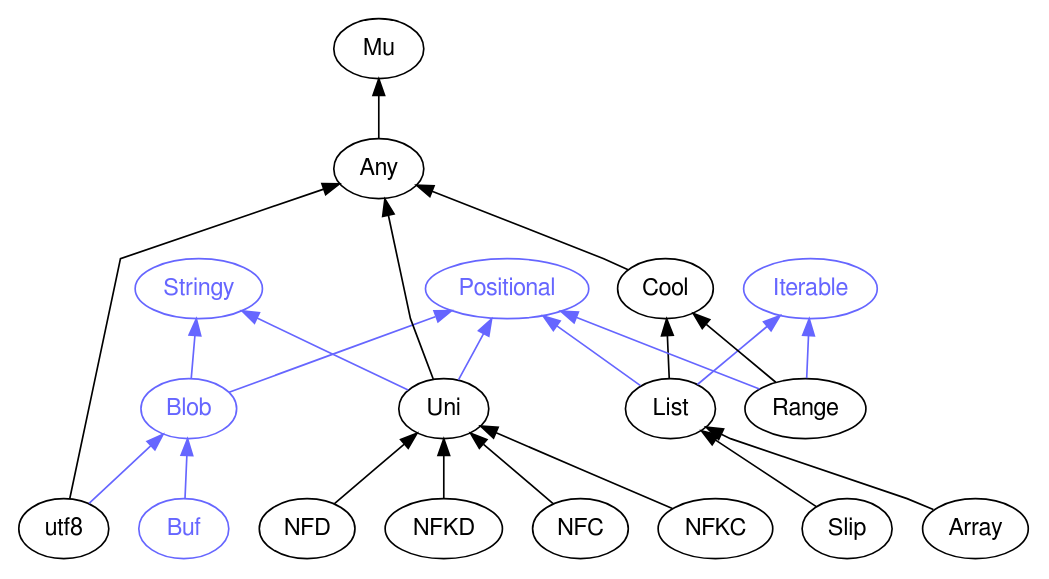
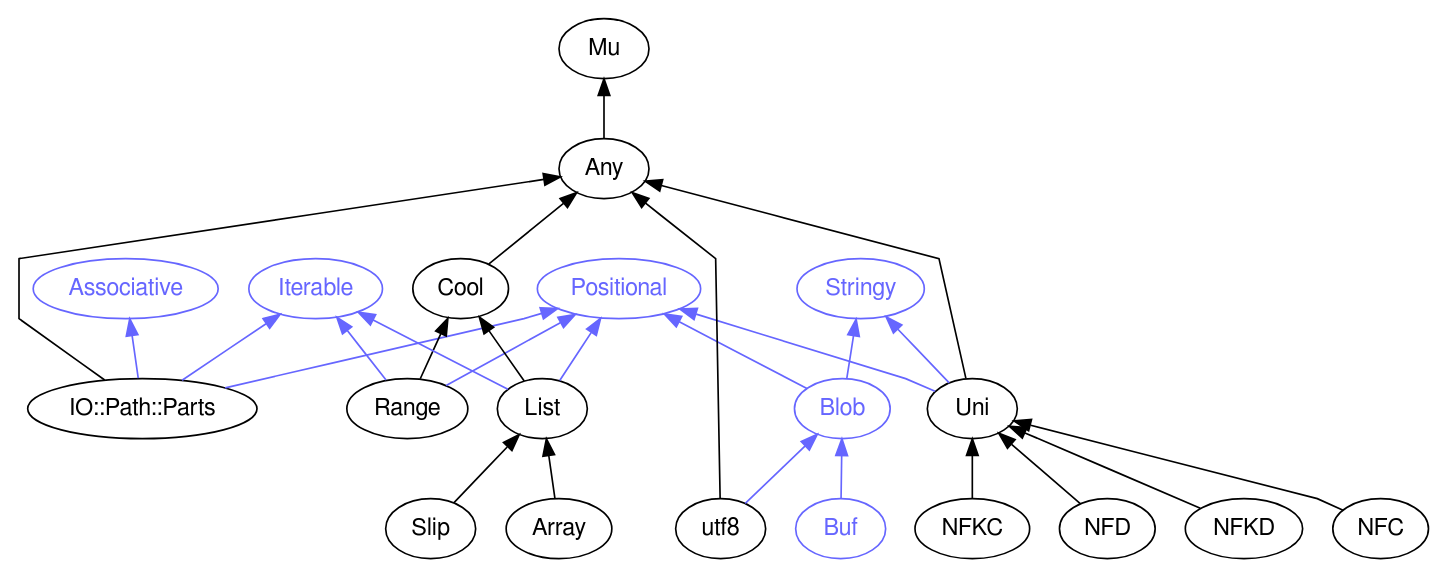
One commit to rakudocs/rakudocs.github.io changed the diagram in images/type-graph-Positional.svg.dot. Above: the diagram before and after it, drawn with Graphviz. The commit also changed 2867 other files, not shown here.

```diff
--- a/images/type-graph-Positional.svg.dot
+++ b/images/type-graph-Positional.svg.dot
@@ -1,50 +1,57 @@
 digraph "perl6-type-graph" {
     rankdir=BT;
     splines=polyline;
     overlap=false; 
+    graph [truecolor=true bgcolor="#FFFFFF"];
     // Types
     "Positional" [color="#6666FF", fontcolor="#6666FF", href="/type/Positional", fontname="FreeSans"];
     "Mu" [color="#000000", fontcolor="#000000", href="/type/Mu", fontname="FreeSans"];
     "Any" [color="#000000", fontcolor="#000000", href="/type/Any", fontname="FreeSans"];
+    "Associative" [color="#6666FF", fontcolor="#6666FF", href="/type/Associative", fontname="FreeSans"];
+    "Iterable" [color="#6666FF", fontcolor="#6666FF", href="/type/Iterable", fontname="FreeSans"];
+    "IO::Path::Parts" [color="#000000", fontcolor="#000000", href="/type/IO::Path::Parts", fontname="FreeSans"];
     "Cool" [color="#000000", fontcolor="#000000", href="/type/Cool", fontname="FreeSans"];
-    "Iterable" [color="#6666FF", fontcolor="#6666FF", href="/type/Iterable", fontname="FreeSans"];
-    "List" [color="#000000", fontcolor="#000000", href="/type/List", fontname="FreeSans"];
+    "Range" [color="#000000", fontcolor="#000000", href="/type/Range", fontname="FreeSans"];
     "Stringy" [color="#6666FF", fontcolor="#6666FF", href="/type/Stringy", fontname="FreeSans"];
     "Blob" [color="#6666FF", fontcolor="#6666FF", href="/type/Blob", fontname="FreeSans"];
-    "Range" [color="#000000", fontcolor="#000000", href="/type/Range", fontname="FreeSans"];
+    "List" [color="#000000", fontcolor="#000000", href="/type/List", fontname="FreeSans"];
     "Uni" [color="#000000", fontcolor="#000000", href="/type/Uni", fontname="FreeSans"];
     "Slip" [color="#000000", fontcolor="#000000", href="/type/Slip", fontname="FreeSans"];
     "Array" [color="#000000", fontcolor="#000000", href="/type/Array", fontname="FreeSans"];
+    "NFKC" [color="#000000", fontcolor="#000000", href="/type/NFKC", fontname="FreeSans"];
     "NFD" [color="#000000", fontcolor="#000000", href="/type/NFD", fontname="FreeSans"];
     "NFKD" [color="#000000", fontcolor="#000000", href="/type/NFKD", fontname="FreeSans"];
     "NFC" [color="#000000", fontcolor="#000000", href="/type/NFC", fontname="FreeSans"];
-    "NFKC" [color="#000000", fontcolor="#000000", href="/type/NFKC", fontname="FreeSans"];
+    "utf8" [color="#000000", fontcolor="#000000", href="/type/utf8", fontname="FreeSans"];
     "Buf" [color="#6666FF", fontcolor="#6666FF", href="/type/Buf", fontname="FreeSans"];
-    "utf8" [color="#000000", fontcolor="#000000", href="/type/utf8", fontname="FreeSans"];
 
     // Superclasses
     "Any" -> "Mu" [color="#000000"];
+    "IO::Path::Parts" -> "Any" [color="#000000"];
     "Cool" -> "Any" [color="#000000"];
+    "Range" -> "Cool" [color="#000000"];
     "List" -> "Cool" [color="#000000"];
-    "Range" -> "Cool" [color="#000000"];
     "Uni" -> "Any" [color="#000000"];
     "Slip" -> "List" [color="#000000"];
     "Array" -> "List" [color="#000000"];
+    "NFKC" -> "Uni" [color="#000000"];
     "NFD" -> "Uni" [color="#000000"];
     "NFKD" -> "Uni" [color="#000000"];
     "NFC" -> "Uni" [color="#000000"];
-    "NFKC" -> "Uni" [color="#000000"];
     "utf8" -> "Any" [color="#000000"];
 
     // Roles
+    "IO::Path::Parts" -> "Positional" [color="#6666FF"];
+    "IO::Path::Parts" -> "Associative" [color="#6666FF"];
+    "IO::Path::Parts" -> "Iterable" [color="#6666FF"];
+    "Range" -> "Positional" [color="#6666FF"];
+    "Range" -> "Iterable" [color="#6666FF"];
+    "Blob" -> "Positional" [color="#6666FF"];
+    "Blob" -> "Stringy" [color="#6666FF"];
     "List" -> "Positional" [color="#6666FF"];
     "List" -> "Iterable" [color="#6666FF"];
-    "Blob" -> "Positional" [color="#6666FF"];
-    "Blob" -> "Stringy" [color="#6666FF"];
-    "Range" -> "Positional" [color="#6666FF"];
-    "Range" -> "Iterable" [color="#6666FF"];
     "Uni" -> "Positional" [color="#6666FF"];
     "Uni" -> "Stringy" [color="#6666FF"];
+    "utf8" -> "Blob" [color="#6666FF"];
     "Buf" -> "Blob" [color="#6666FF"];
-    "utf8" -> "Blob" [color="#6666FF"];
 }
```
